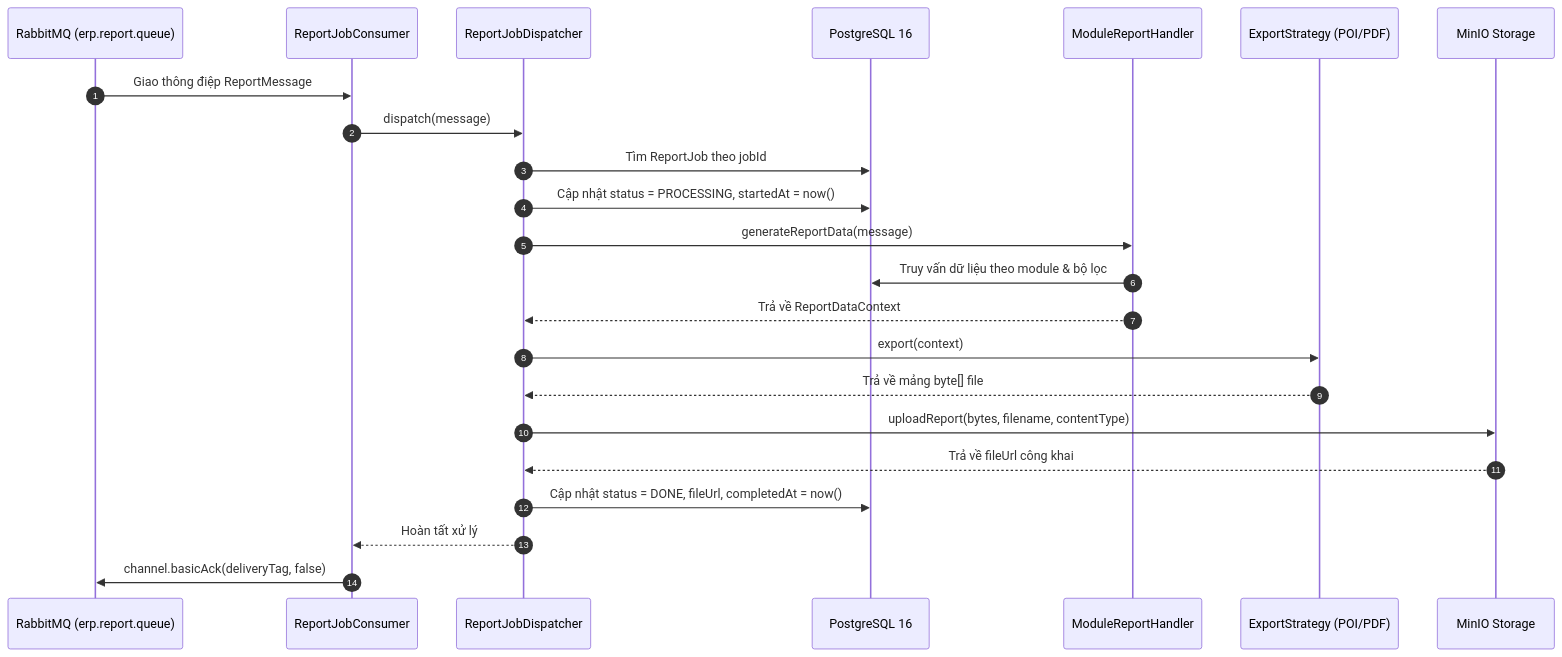
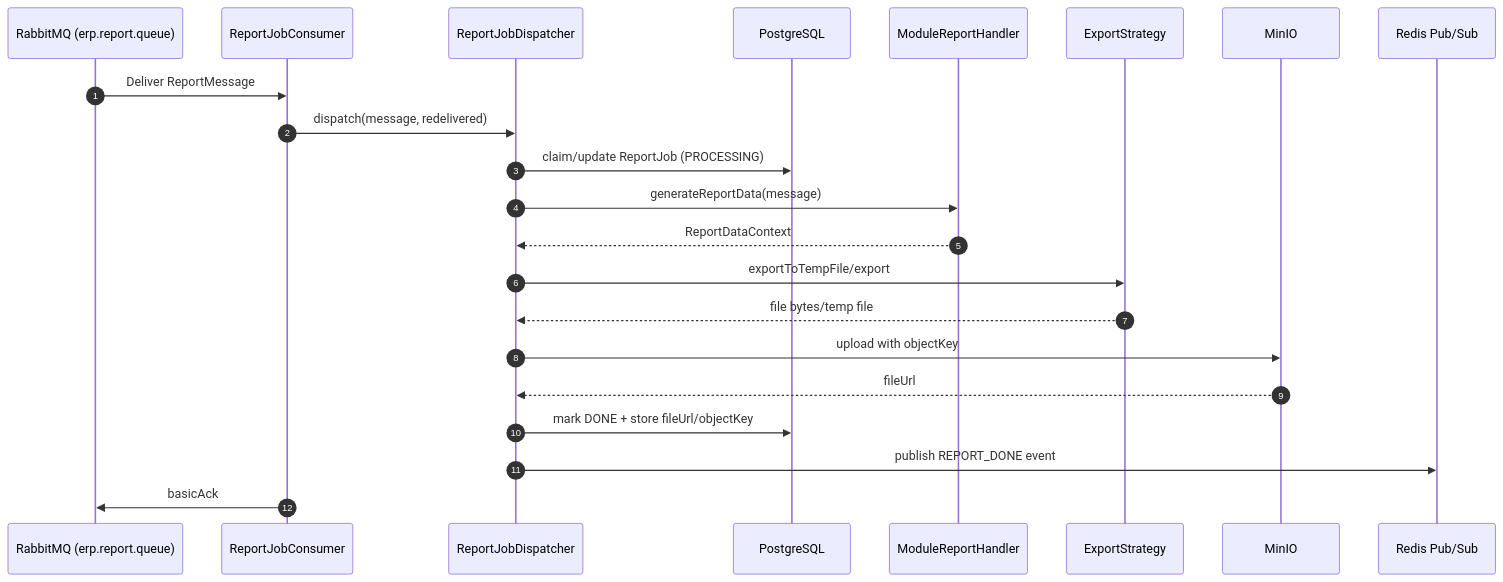
One commit to F-B-Chain-ERP/queue-service changed the first of 2 diagrams in README.md. Above: the diagram before and after it, drawn with Mermaid. The commit also changed other lines of this file, not shown here.

````diff
--- a/README.md
+++ b/README.md
@@ -107,26 +68,25 @@
 ```mermaid
 sequenceDiagram
     autonumber
     participant Rabbit as RabbitMQ (erp.report.queue)
     participant Consumer as ReportJobConsumer
     participant Dispatcher as ReportJobDispatcher
-    participant DB as PostgreSQL 16
+    participant DB as PostgreSQL
     participant Handler as ModuleReportHandler
-    participant Strategy as ExportStrategy (POI/PDF)
-    participant MinIO as MinIO Storage
+    participant Export as ExportStrategy
+    participant MinIO as MinIO
+    participant Redis as Redis Pub/Sub
 
-    Rabbit->>Consumer: Giao thông điệp ReportMessage
-    Consumer->>Dispatcher: dispatch(message)
-    Dispatcher->>DB: Tìm ReportJob theo jobId
-    Dispatcher->>DB: Cập nhật status = PROCESSING, startedAt = now()
+    Rabbit->>Consumer: Deliver ReportMessage
+    Consumer->>Dispatcher: dispatch(message, redelivered)
+    Dispatcher->>DB: claim/update ReportJob (PROCESSING)
     Dispatcher->>Handler: generateReportData(message)
-    Handler->>DB: Truy vấn dữ liệu theo module & bộ lọc
-    Handler-->>Dispatcher: Trả về ReportDataContext
-    Dispatcher->>Strategy: export(context)
-    Strategy-->>Dispatcher: Trả về mảng byte[] file
-    Dispatcher->>MinIO: uploadReport(bytes, filename, contentType)
-    MinIO-->>Dispatcher: Trả về fileUrl công khai
-    Dispatcher->>DB: Cập nhật status = DONE, fileUrl, completedAt = now()
-    Dispatcher-->>Consumer: Hoàn tất xử lý
-    Consumer->>Rabbit: channel.basicAck(deliveryTag, false)
+    Handler-->>Dispatcher: ReportDataContext
+    Dispatcher->>Export: exportToTempFile/export
+    Export-->>Dispatcher: file bytes/temp file
+    Dispatcher->>MinIO: upload with objectKey
+    MinIO-->>Dispatcher: fileUrl
+    Dispatcher->>DB: mark DONE + store fileUrl/objectKey
+    Dispatcher->>Redis: publish REPORT_DONE event
+    Consumer->>Rabbit: basicAck
 ```
````
